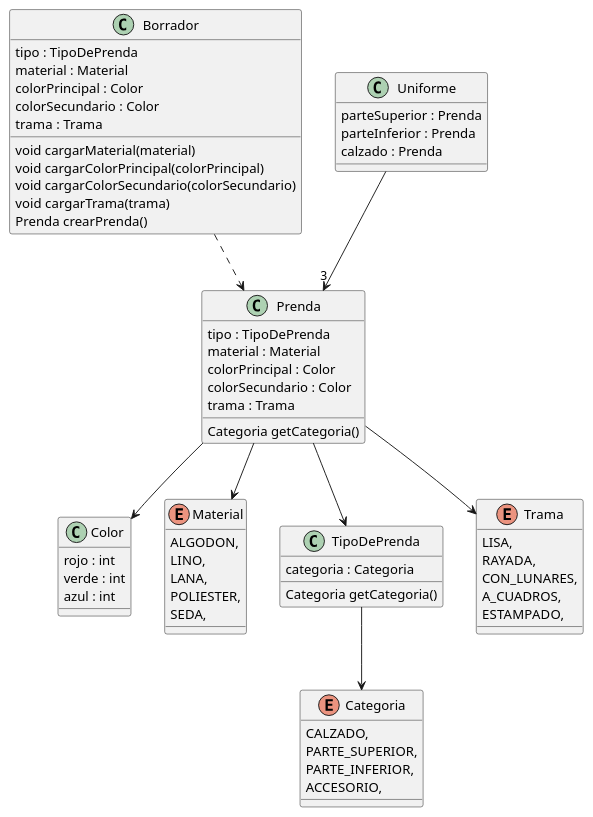
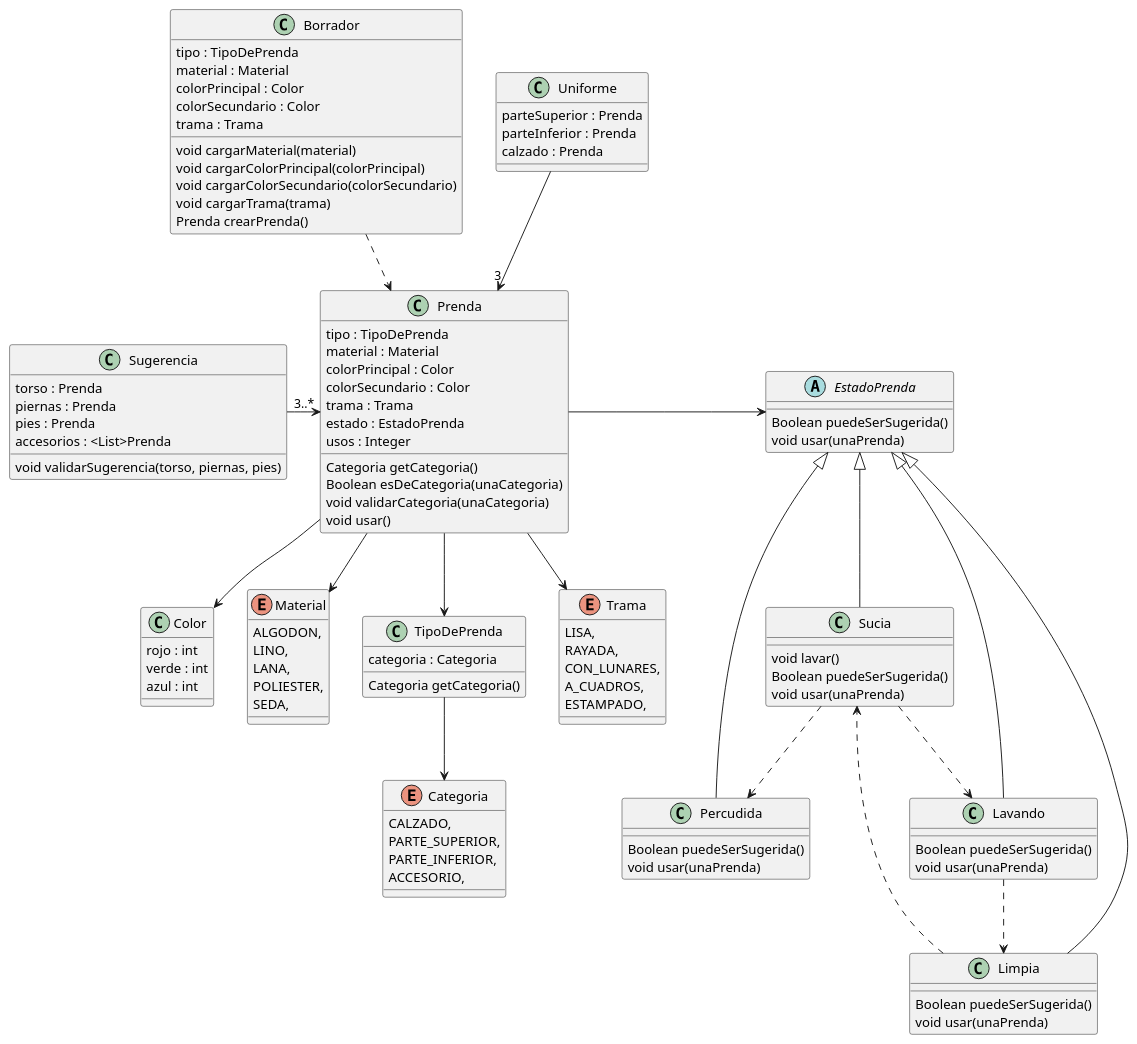
Before and after one commit to mbeorlegui/que-me-pongo: the diagram in diagrama.puml, drawn with PlantUML. The commit also changed 3 other files, not shown here.

```diff
--- a/diagrama.puml
+++ b/diagrama.puml
@@ -1,90 +1,153 @@
 @startuml QMP2
 
 class Prenda {
   tipo : TipoDePrenda
   material : Material
   colorPrincipal : Color
   colorSecundario : Color
   trama : Trama
+  estado : EstadoPrenda
+  usos : Integer
 
   Categoria getCategoria()
+  Boolean esDeCategoria(unaCategoria)
+  void validarCategoria(unaCategoria)
+  void usar()
 }
 
 
 class Color {
   rojo : int
   verde : int
   azul : int 
 }
 
 enum Categoria {
   CALZADO,
   PARTE_SUPERIOR,
   PARTE_INFERIOR,
   ACCESORIO,
 }
 
 enum Material {
   ALGODON,
   LINO,
   LANA,
   POLIESTER,
   SEDA,
 }
 
 class TipoDePrenda {
   categoria : Categoria  
   
   Categoria getCategoria()
 }
 
 Prenda --> Material
 Prenda --> TipoDePrenda
 Prenda --> Color
 TipoDePrenda --> Categoria
 ' Prenda conoce su Material
 ' Prenda --> "1" Categoria
 
 
 enum Trama{
   LISA,
   RAYADA,
   CON_LUNARES,
   A_CUADROS,
   ESTAMPADO,
 }
 
 ' Trama corresponde a la tela, eso quiere decir que
 ' corresponde al Material? De ser asi debemos agregarle comportamiento
 ' al enum de Material creo
 ' IMO: Hay que agregarlo directamente a la prenda como propiedad
 Prenda --> Trama
 
 ' El borrador deberia ser una clase "parecida" a la Prenda, e
 ' incluso dentro de su constructor, podemos hacer las validaciones
 ' de los datos para crear a la prenda desde alli
 
 class Borrador {
   tipo : TipoDePrenda
   material : Material
   colorPrincipal : Color
   colorSecundario : Color
   trama : Trama
 
   void cargarMaterial(material)
   void cargarColorPrincipal(colorPrincipal)
   void cargarColorSecundario(colorSecundario)
   void cargarTrama(trama)
   Prenda crearPrenda()
 }
 
 class Uniforme {
   parteSuperior : Prenda
   parteInferior : Prenda
   calzado : Prenda
 }
 
 Uniforme -->"3" Prenda
 Borrador ..> Prenda
 
+
+class Sugerencia {
+  torso : Prenda
+  piernas : Prenda
+  pies : Prenda
+  accesorios : <List>Prenda
+
+  void validarSugerencia(torso, piernas, pies)
+
+}
+
+
+Sugerencia -> "3..*" Prenda
+
+
+' Para la segunda parte usamos el patron State
+
+abstract EstadoPrenda {
+  Boolean puedeSerSugerida()
+  void usar(unaPrenda)
+}
+
+class Sucia {
+  void lavar()
+  Boolean puedeSerSugerida()
+  void usar(unaPrenda)
+}
+
+class Percudida {
+  Boolean puedeSerSugerida()
+  void usar(unaPrenda)
+}
+
+class Limpia {
+  Boolean puedeSerSugerida()
+  void usar(unaPrenda)
+}
+
+class Lavando {
+  Boolean puedeSerSugerida()
+  void usar(unaPrenda)
+}
+' No esta clara la transicion de estado que tiene el estado Lavando
+' por lo que decidimos que mientras se esta lavando se pueda usar
+' y cuando eso suceda, pasara a Limpia
+
+EstadoPrenda <|-- Sucia
+EstadoPrenda <|-- Percudida
+EstadoPrenda <|-- Limpia
+EstadoPrenda <|-- Lavando
+
+Sucia ..> Percudida
+Sucia ..> Lavando
+Lavando ..> Limpia
+Limpia ..> Sucia
+
+Prenda -right-> EstadoPrenda
+
 @enduml
```
